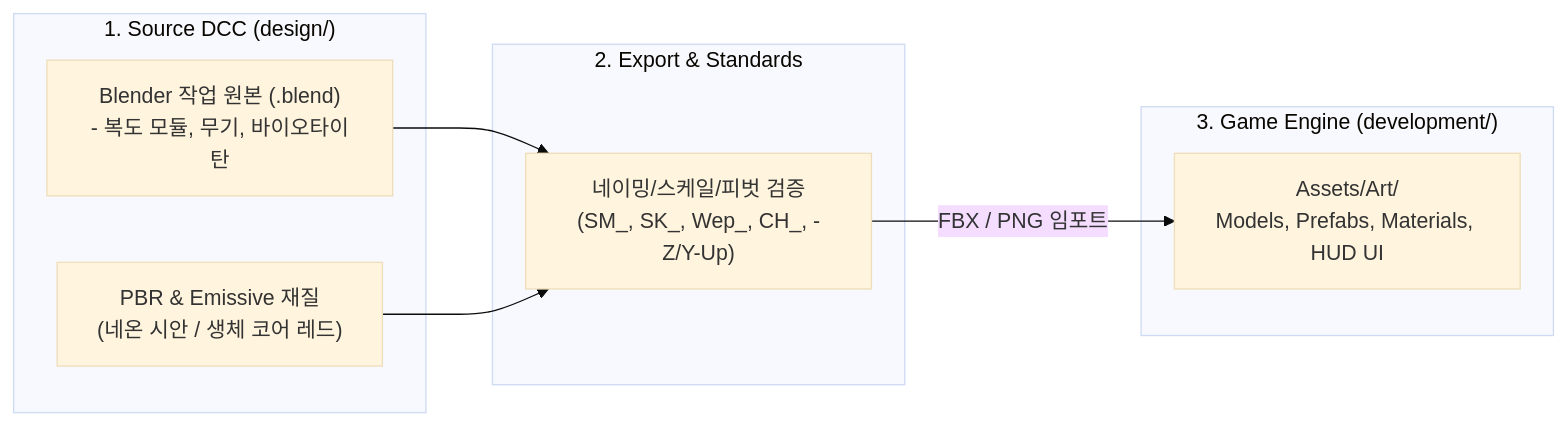
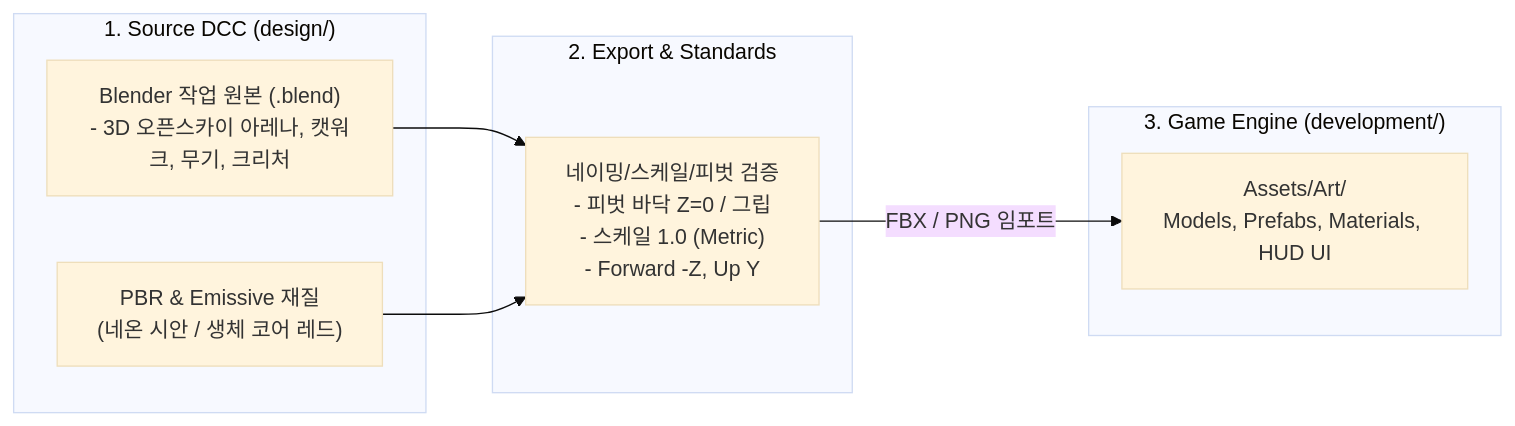
One commit to yongjunhwang/ai-sample changed the diagram in design/README.md. Above: the diagram before and after it, drawn with Mermaid (base theme). The commit also changed other lines of this file and 111 other files, not shown here.

````diff
--- a/design/README.md
+++ b/design/README.md
@@ -11,19 +11,19 @@
 ```mermaid
 flowchart LR
     subgraph DCC ["1. Source DCC (design/)"]
-        Blend["Blender 작업 원본 (.blend)<br/>- 복도 모듈, 무기, 바이오타이탄"]
+        Blend["Blender 작업 원본 (.blend)<br/>- 3D 오픈스카이 아레나, 캣워크, 무기, 크리처"]
         TexSrc["PBR & Emissive 재질<br/>(네온 시안 / 생체 코어 레드)"]
     end
 
     subgraph Pipeline ["2. Export & Standards"]
-        Standard["네이밍/스케일/피벗 검증<br/>(SM_, SK_, Wep_, CH_, -Z/Y-Up)"]
+        Standard["네이밍/스케일/피벗 검증<br/>- 피벗 바닥 Z=0 / 그립<br/>- 스케일 1.0 (Metric)<br/>- Forward -Z, Up Y"]
     end
 
     subgraph Engine ["3. Game Engine (development/)"]
         UnityAssets["Assets/Art/<br/>Models, Prefabs, Materials, HUD UI"]
     end
 
     Blend --> Standard
     TexSrc --> Standard
     Standard -->|"FBX / PNG 임포트"| UnityAssets
 ```
````
